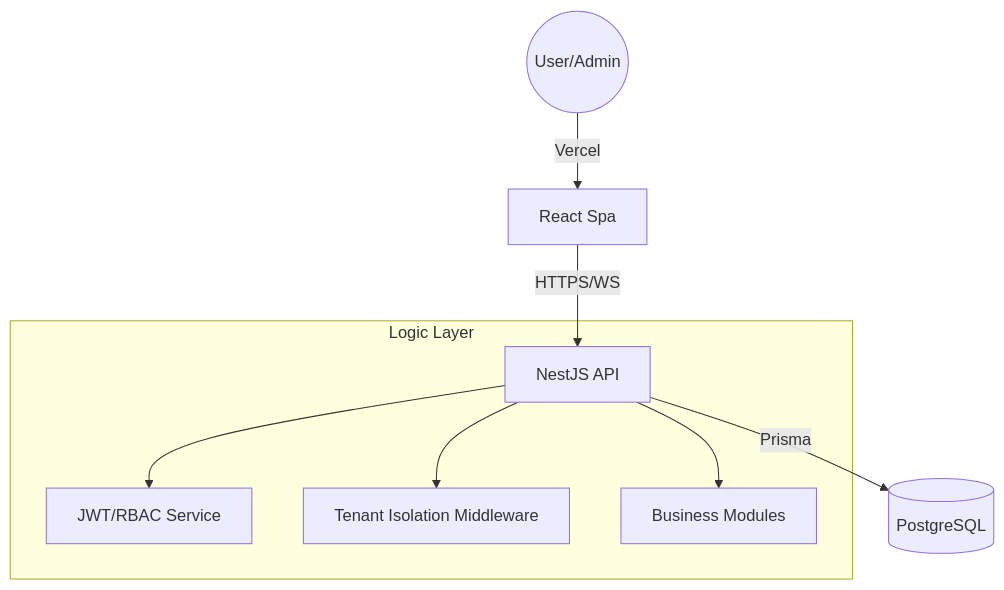
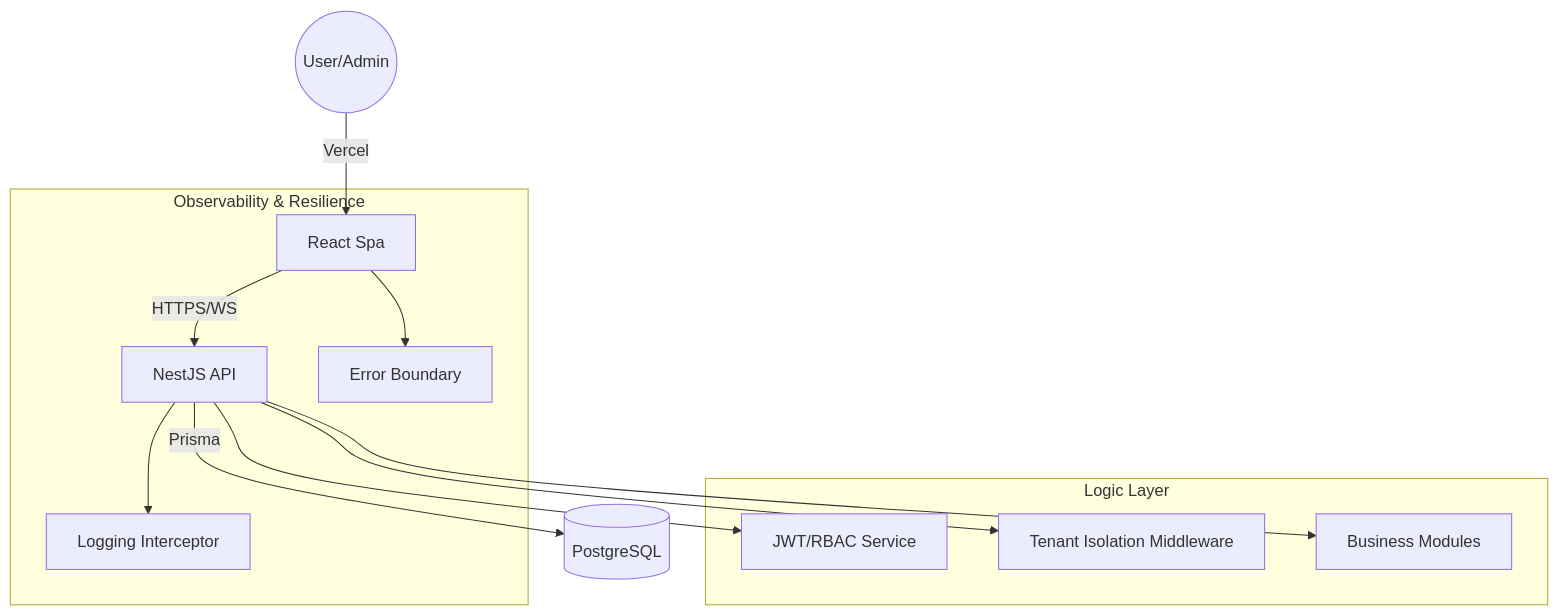
The diagram in README.md (ayebe51/saas-manajemen-pesantren), drawn with Mermaid before and after one commit. The commit also changed other lines of this file, not shown here.

````diff
--- a/README.md
+++ b/README.md
@@ -37,12 +39,17 @@
 ```mermaid
 graph TD
     User((User/Admin)) -->|Vercel| Frontend[React Spa]
     Frontend -->|HTTPS/WS| Backend[NestJS API]
     Backend -->|Prisma| Database[(PostgreSQL)]
+    
+    subgraph "Observability & Resilience"
+        Backend --> LogInt[Logging Interceptor]
+        Frontend --> ErrBound[Error Boundary]
+    end
     
     subgraph "Logic Layer"
         Backend --> Auth[JWT/RBAC Service]
         Backend --> Tenant[Tenant Isolation Middleware]
         Backend --> Modules[Business Modules]
     end
 ```
````
